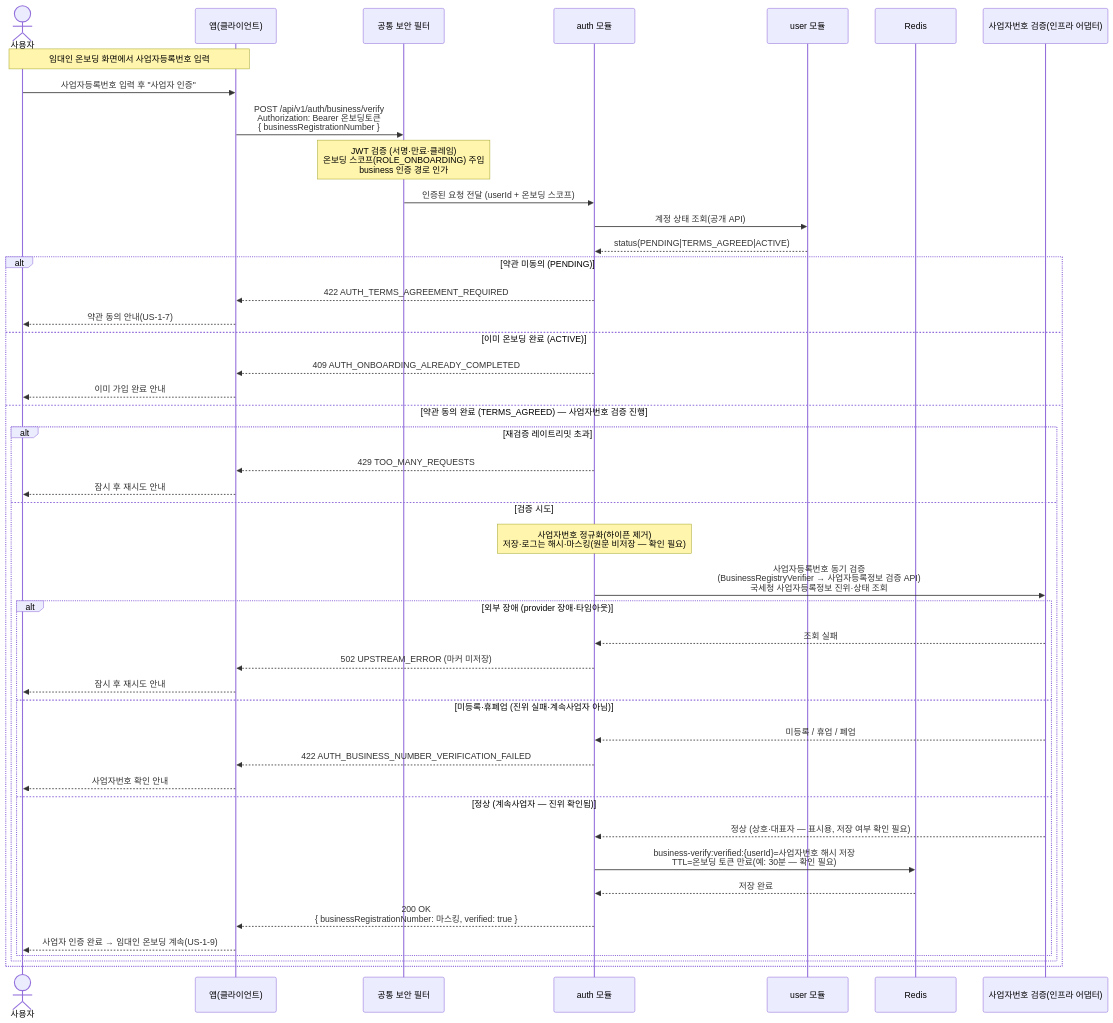
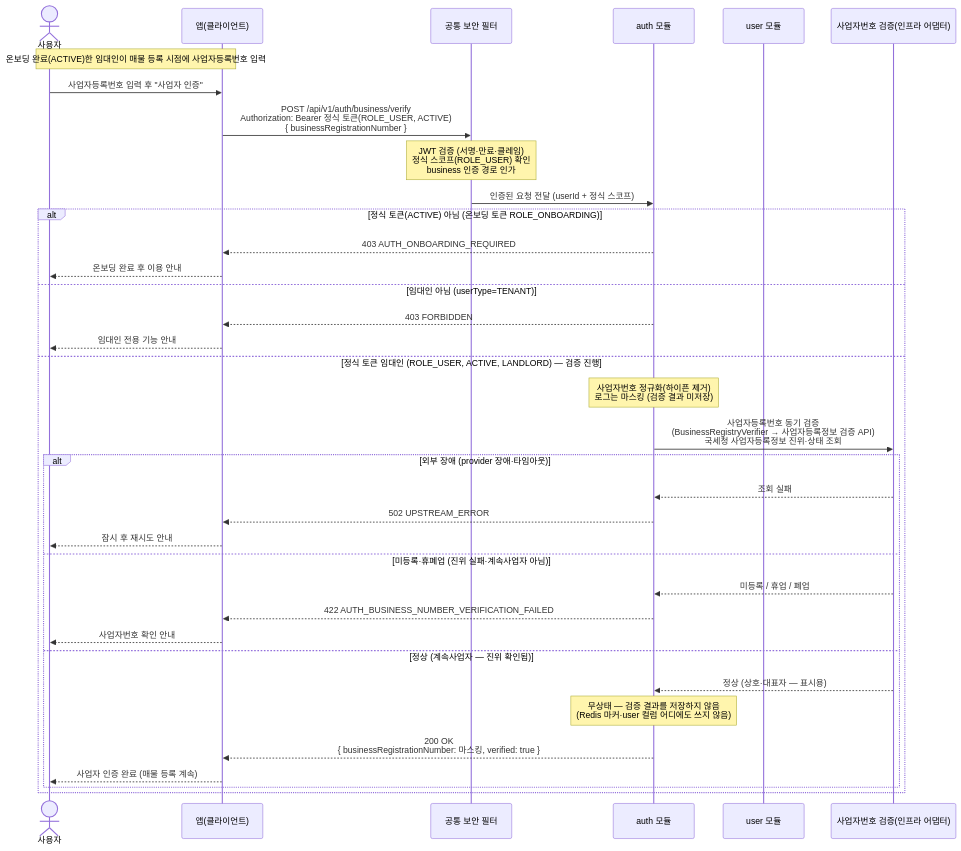
Before and after one commit to jameskim9509/Kohere-backend: the diagram in docs/architecture/sequence-diagrams/01-auth-onboarding/us-1-8-business-verification.md, drawn with Mermaid. The commit also changed other lines of this file and 10 other files, not shown here.

First line of the commit message:
docs(auth): 사업자번호 검증 온보딩 분리·무상태 반영

````diff
--- a/docs/architecture/sequence-diagrams/01-auth-onboarding/us-1-8-business-verification.md
+++ b/docs/architecture/sequence-diagrams/01-auth-onboarding/us-1-8-business-verification.md
@@ -7,48 +7,39 @@
 ```mermaid
 sequenceDiagram
     actor U as 사용자
     participant C as 앱(클라이언트)
     participant SEC as 공통 보안 필터
     participant AUTH as auth 모듈
     participant USER as user 모듈
-    participant RDS as Redis
     participant BIZ as 사업자번호 검증(인프라 어댑터)
 
-    Note over U,C: 임대인 온보딩 화면에서 사업자등록번호 입력
+    Note over U,C: 온보딩 완료(ACTIVE)한 임대인이 매물 등록 시점에 사업자등록번호 입력
     U->>C: 사업자등록번호 입력 후 "사업자 인증"
-    C->>SEC: POST /api/v1/auth/business/verify<br/>Authorization: Bearer 온보딩토큰<br/>{ businessRegistrationNumber }
-    Note over SEC: JWT 검증 (서명·만료·클레임)<br/>온보딩 스코프(ROLE_ONBOARDING) 주입<br/>business 인증 경로 인가
-    SEC->>AUTH: 인증된 요청 전달 (userId + 온보딩 스코프)
-    AUTH->>USER: 계정 상태 조회(공개 API)
-    USER-->>AUTH: status(PENDING|TERMS_AGREED|ACTIVE)
-    alt 약관 미동의 (PENDING)
-        AUTH-->>C: 422 AUTH_TERMS_AGREEMENT_REQUIRED
-        C-->>U: 약관 동의 안내(US-1-7)
-    else 이미 온보딩 완료 (ACTIVE)
-        AUTH-->>C: 409 AUTH_ONBOARDING_ALREADY_COMPLETED
-        C-->>U: 이미 가입 완료 안내
-    else 약관 동의 완료 (TERMS_AGREED) — 사업자번호 검증 진행
-        alt 재검증 레이트리밋 초과
-            AUTH-->>C: 429 TOO_MANY_REQUESTS
-            C-->>U: 잠시 후 재시도 안내
-        else 검증 시도
-            Note over AUTH: 사업자번호 정규화(하이픈 제거)<br/>저장·로그는 해시·마스킹(원문 비저장 — 확인 필요)
+    C->>SEC: POST /api/v1/auth/business/verify<br/>Authorization: Bearer 정식 토큰(ROLE_USER, ACTIVE)<br/>{ businessRegistrationNumber }
+    Note over SEC: JWT 검증 (서명·만료·클레임)<br/>정식 스코프(ROLE_USER) 확인<br/>business 인증 경로 인가
+    SEC->>AUTH: 인증된 요청 전달 (userId + 정식 스코프)
+    alt 정식 토큰(ACTIVE) 아님 (온보딩 토큰 ROLE_ONBOARDING)
+        AUTH-->>C: 403 AUTH_ONBOARDING_REQUIRED
+        C-->>U: 온보딩 완료 후 이용 안내
+    else 임대인 아님 (userType=TENANT)
+        AUTH-->>C: 403 FORBIDDEN
+        C-->>U: 임대인 전용 기능 안내
+    else 정식 토큰 임대인 (ROLE_USER, ACTIVE, LANDLORD) — 검증 진행
+        Note over AUTH: 사업자번호 정규화(하이픈 제거)<br/>로그는 마스킹 (검증 결과 미저장)
             AUTH->>BIZ: 사업자등록번호 동기 검증<br/>(BusinessRegistryVerifier → 사업자등록정보 검증 API)<br/>국세청 사업자등록정보 진위·상태 조회
             alt 외부 장애 (provider 장애·타임아웃)
                 BIZ-->>AUTH: 조회 실패
-                AUTH-->>C: 502 UPSTREAM_ERROR (마커 미저장)
+                AUTH-->>C: 502 UPSTREAM_ERROR
                 C-->>U: 잠시 후 재시도 안내
             else 미등록·휴폐업 (진위 실패·계속사업자 아님)
                 BIZ-->>AUTH: 미등록 / 휴업 / 폐업
                 AUTH-->>C: 422 AUTH_BUSINESS_NUMBER_VERIFICATION_FAILED
                 C-->>U: 사업자번호 확인 안내
             else 정상 (계속사업자 — 진위 확인됨)
-                BIZ-->>AUTH: 정상 (상호·대표자 — 표시용, 저장 여부 확인 필요)
-                AUTH->>RDS: business-verify:verified:{userId}=사업자번호 해시 저장<br/>TTL=온보딩 토큰 만료(예: 30분 — 확인 필요)
-                RDS-->>AUTH: 저장 완료
+                BIZ-->>AUTH: 정상 (상호·대표자 — 표시용)
+                Note over AUTH: 무상태 — 검증 결과를 저장하지 않음<br/>(Redis 마커·user 컬럼 어디에도 쓰지 않음)
                 AUTH-->>C: 200 OK<br/>{ businessRegistrationNumber: 마스킹, verified: true }
-                C-->>U: 사업자 인증 완료 → 임대인 온보딩 계속(US-1-9)
+                C-->>U: 사업자 인증 완료 (매물 등록 계속)
             end
-        end
     end
 ```
````
